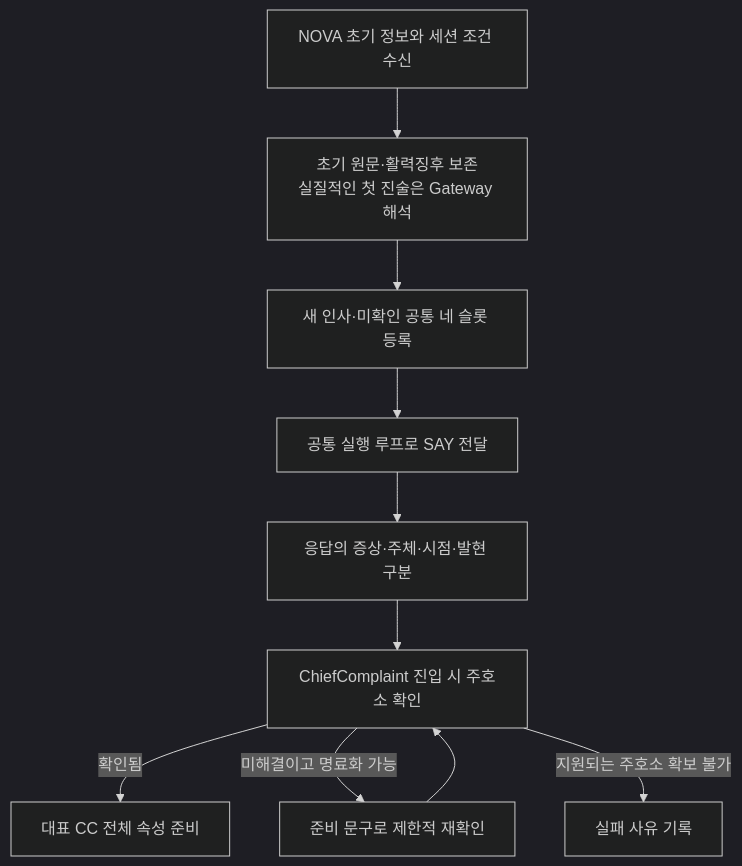
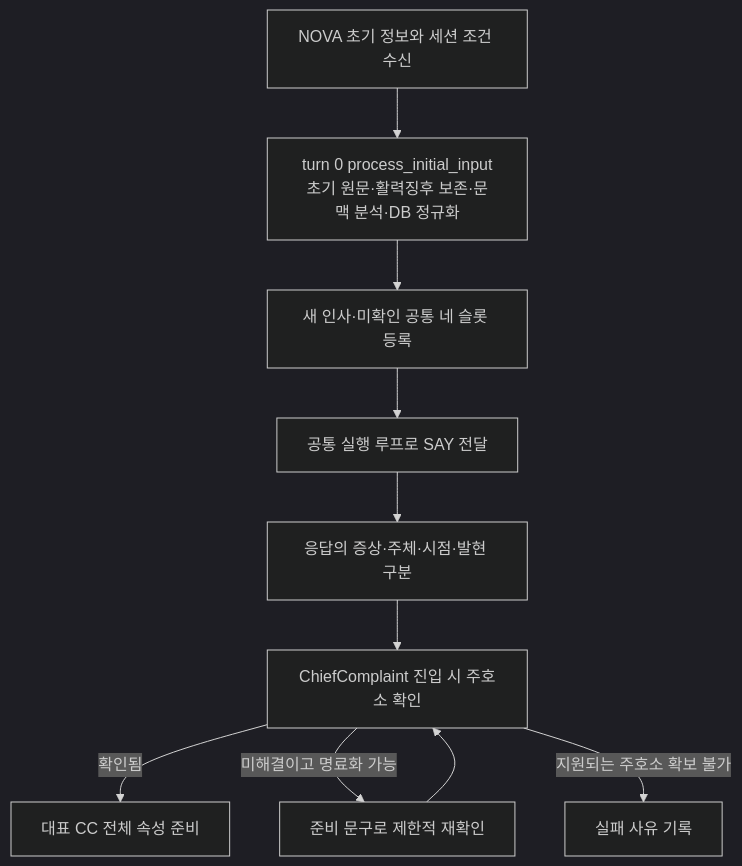
The second of 16 diagrams in submission/README.md (devRestain/Ontoward), drawn with Mermaid (dark theme) before and after one commit. The commit also changed other lines of this file and 37 other files, not shown here.

````diff
--- a/submission/README.md
+++ b/submission/README.md
@@ -120,12 +121,12 @@
 ```mermaid
 flowchart TD
-    I0["NOVA 초기 정보와 세션 조건 수신"] --> I1["초기 원문·활력징후 보존<br/>실질적인 첫 진술은 Gateway 해석"]
+    I0["NOVA 초기 정보와 세션 조건 수신"] --> I1["turn 0 process_initial_input<br/>초기 원문·활력징후 보존·문맥 분석·DB 정규화"]
     I1 --> I2["새 인사·미확인 공통 네 슬롯 등록"]
     I2 --> I3["공통 실행 루프로 SAY 전달"]
     I3 --> I4["응답의 증상·주체·시점·발현 구분"]
     I4 --> I5["ChiefComplaint 진입 시 주호소 확인"]
     I5 -->|확인됨| I6["대표 CC 전체 속성 준비"]
     I5 -->|미해결이고 명료화 가능| I7["준비 문구로 제한적 재확인"]
     I7 --> I5
     I5 -->|지원되는 주호소 확보 불가| I8["실패 사유 기록"]
 ```
````
